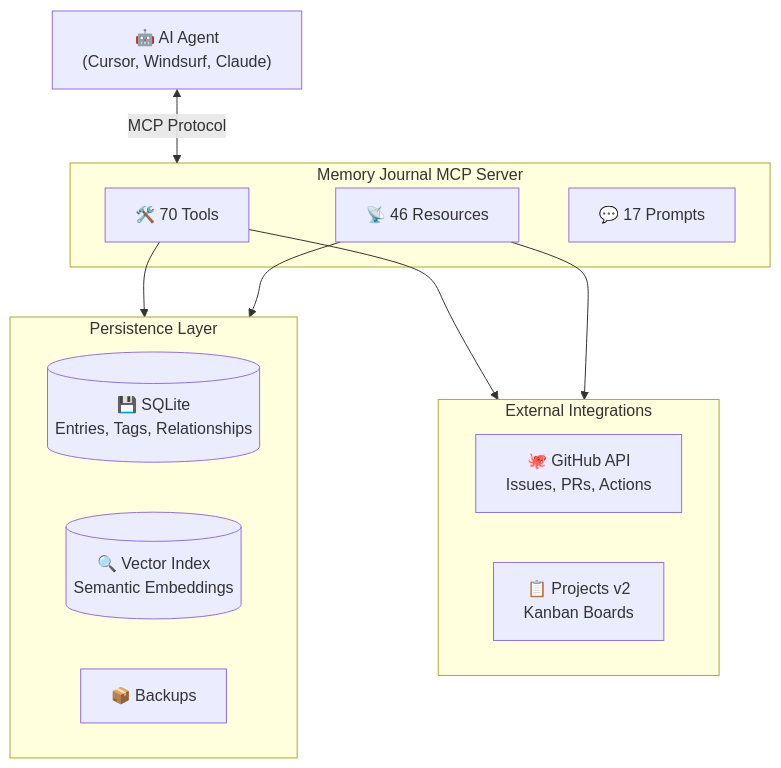
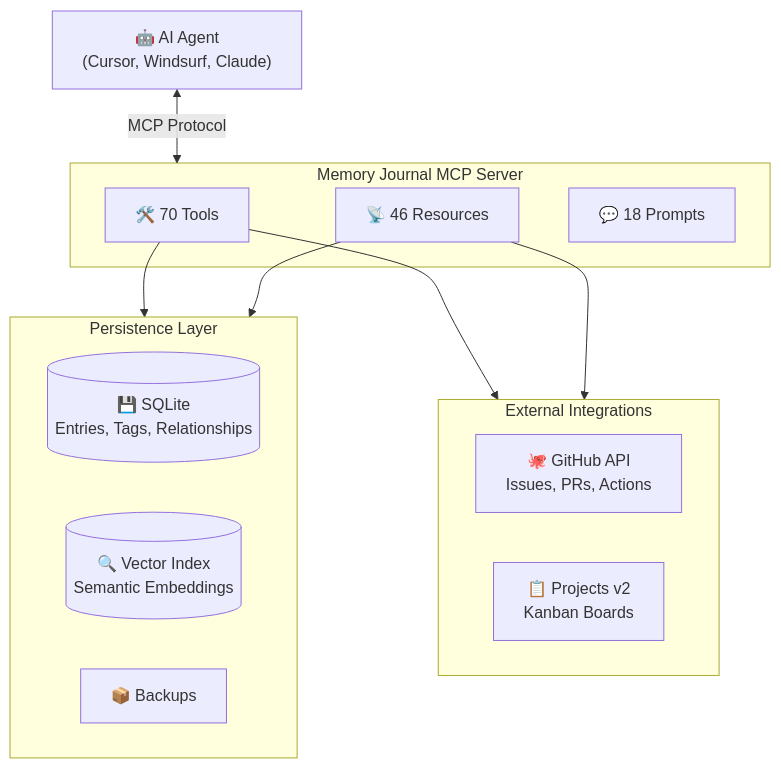
Before and after one commit to neverinfamous/memory-journal-mcp: the second of 2 diagrams in README.md, drawn with Mermaid. The commit also changed other lines of this file and 9 other files, not shown here.

````diff
--- a/README.md
+++ b/README.md
@@ -672,27 +673,27 @@
 ```mermaid
 flowchart TB
     AI["🤖 AI Agent<br/>(Cursor, Windsurf, Claude)"]
 
     subgraph MCP["Memory Journal MCP Server"]
         Tools["🛠️ 70 Tools"]
         Resources["📡 46 Resources"]
-        Prompts["💬 17 Prompts"]
+        Prompts["💬 18 Prompts"]
     end
 
     subgraph Storage["Persistence Layer"]
         SQLite[("💾 SQLite<br/>Entries, Tags, Relationships")]
         Vector[("🔍 Vector Index<br/>Semantic Embeddings")]
         Backups["📦 Backups"]
     end
 
     subgraph External["External Integrations"]
         GitHub["🐙 GitHub API<br/>Issues, PRs, Actions"]
         Kanban["📋 Projects v2<br/>Kanban Boards"]
     end
 
     AI <-->|"MCP Protocol"| MCP
     Tools --> Storage
     Tools --> External
     Resources --> Storage
     Resources --> External
 ```
````
